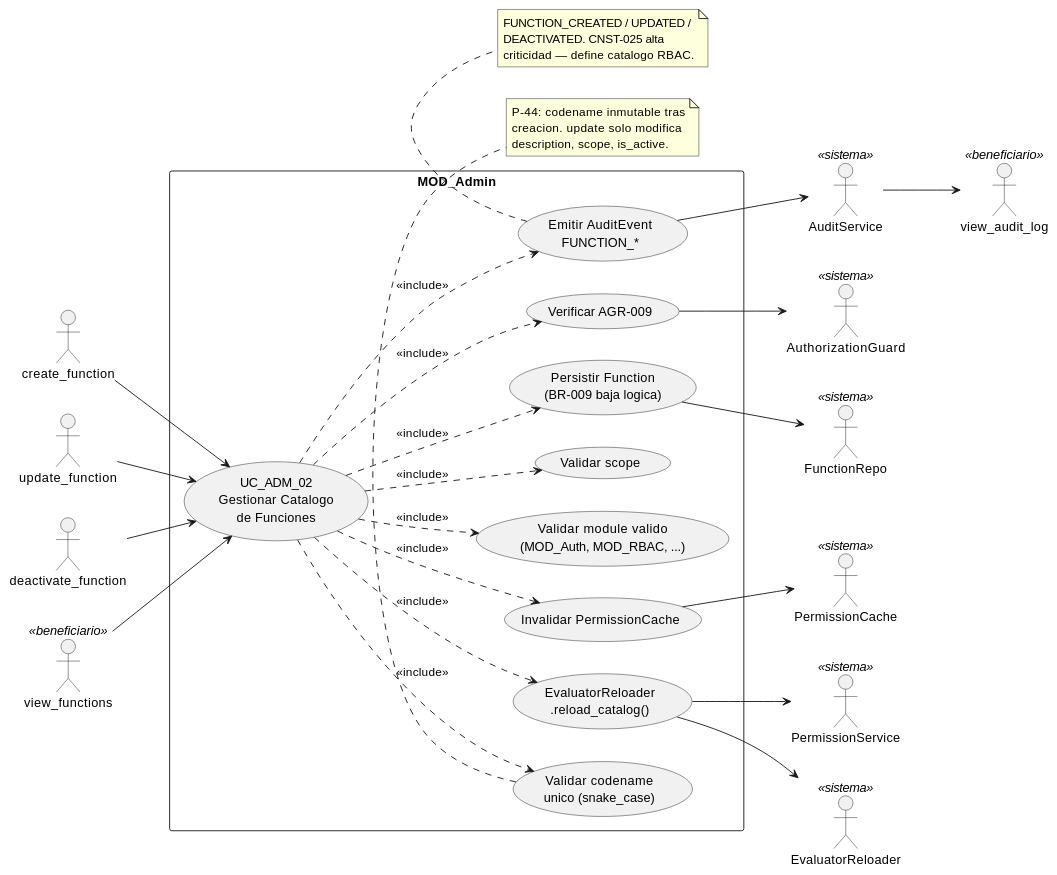
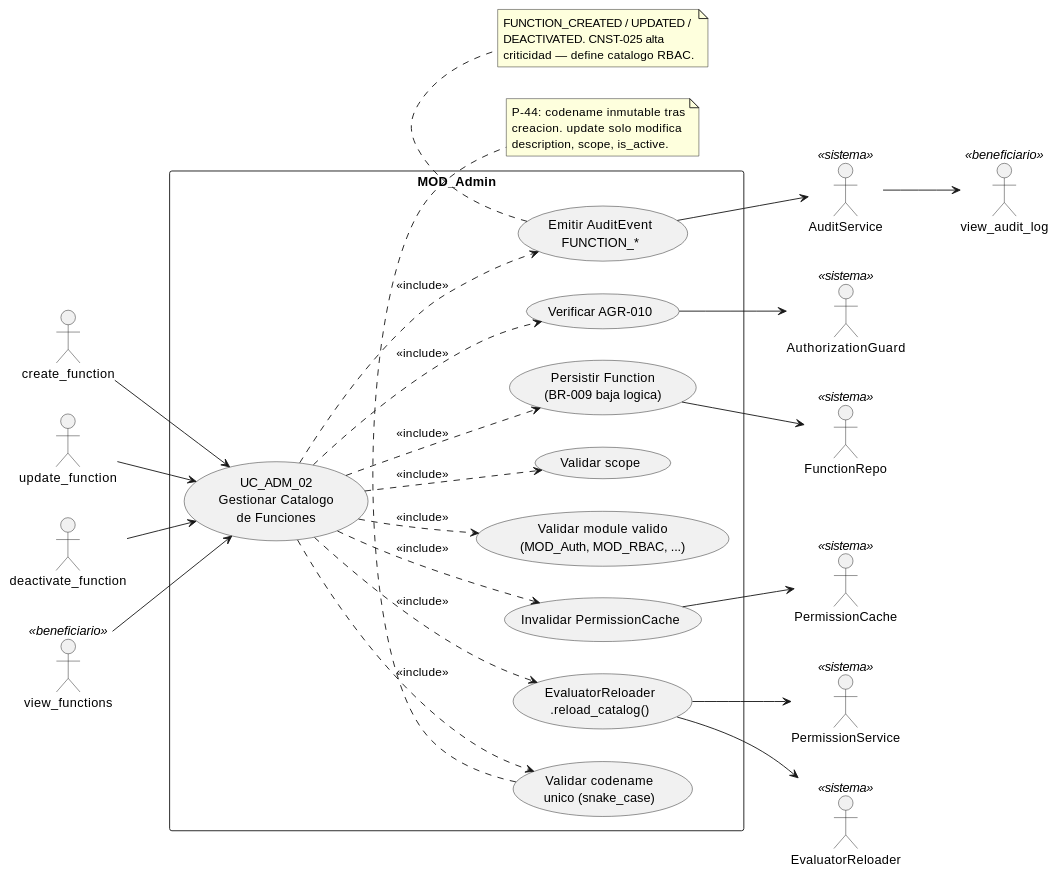
One commit to jcg-admin/IACT-docs changed the diagram in source/arquitectura-tecnica/use-case-view/admin/uc-adm-02-gestionar-catalogo-de-funciones.rst. Above: the diagram before and after it, drawn with PlantUML. The commit also changed other lines of this file and 43 other files, not shown here.

```diff
--- a/source/arquitectura-tecnica/use-case-view/admin/uc-adm-02-gestionar-catalogo-de-funciones.rst
+++ b/source/arquitectura-tecnica/use-case-view/admin/uc-adm-02-gestionar-catalogo-de-funciones.rst
@@ -26,66 +26,66 @@
 .. uml::
  :caption: UC_ADM_02 — actores y casos asociados.
 
  @startuml
 
  left to right direction
 
  actor "create_function" as create_function
  actor "update_function" as update_function
  actor "deactivate_function" as deactivate_function
  actor "view_functions" as view_functions <<beneficiario>>
  actor "view_audit_log" as view_audit_log <<beneficiario>>
  actor "AuthorizationGuard" as AuthorizationGuard <<sistema>>
  actor "FunctionRepo" as FunctionRepo <<sistema>>
  actor "PermissionService" as PermissionService <<sistema>>
  actor "PermissionCache" as PermissionCache <<sistema>>
  actor "EvaluatorReloader" as EvaluatorReloader <<sistema>>
  actor "AuditService" as AuditService <<sistema>>
 
  rectangle "MOD_Admin" {
    usecase "UC_ADM_02\nGestionar Catalogo\nde Funciones" as UC_ADM_02
-   usecase "Verificar AGR-009" as VERIFICAR_AGR
+   usecase "Verificar AGR-010" as VERIFICAR_AGR
    usecase "Validar codename\nunico (snake_case)" as VALIDAR_CODENAME
    usecase "Validar module valido\n(MOD_Auth, MOD_RBAC, ...)" as VALIDAR_MODULE
    usecase "Validar scope" as VALIDAR_SCOPE
    usecase "Persistir Function\n(BR-009 baja logica)" as PERSISTIR
    usecase "Invalidar PermissionCache" as INVALIDAR
    usecase "EvaluatorReloader\n.reload_catalog()" as RELOAD
    usecase "Emitir AuditEvent\nFUNCTION_*" as AUDITAR
  }
 
  create_function --> UC_ADM_02
  update_function --> UC_ADM_02
  deactivate_function --> UC_ADM_02
  view_functions --> UC_ADM_02
 
  UC_ADM_02 ..> VERIFICAR_AGR : <<include>>
  UC_ADM_02 ..> VALIDAR_CODENAME : <<include>>
  UC_ADM_02 ..> VALIDAR_MODULE : <<include>>
  UC_ADM_02 ..> VALIDAR_SCOPE : <<include>>
  UC_ADM_02 ..> PERSISTIR : <<include>>
  UC_ADM_02 ..> INVALIDAR : <<include>>
  UC_ADM_02 ..> RELOAD : <<include>>
  UC_ADM_02 ..> AUDITAR : <<include>>
 
  VERIFICAR_AGR --> AuthorizationGuard
  PERSISTIR --> FunctionRepo
  INVALIDAR --> PermissionCache
  RELOAD --> EvaluatorReloader
  RELOAD --> PermissionService
  AUDITAR --> AuditService
  AuditService --> view_audit_log
 
  note bottom of VALIDAR_CODENAME
    P-44: codename inmutable tras
    creacion. update solo modifica
    description, scope, is_active.
  end note
 
  note bottom of AUDITAR
    FUNCTION_CREATED / UPDATED /
    DEACTIVATED. CNST-025 alta
    criticidad — define catalogo RBAC.
  end note
 
  @enduml
```
